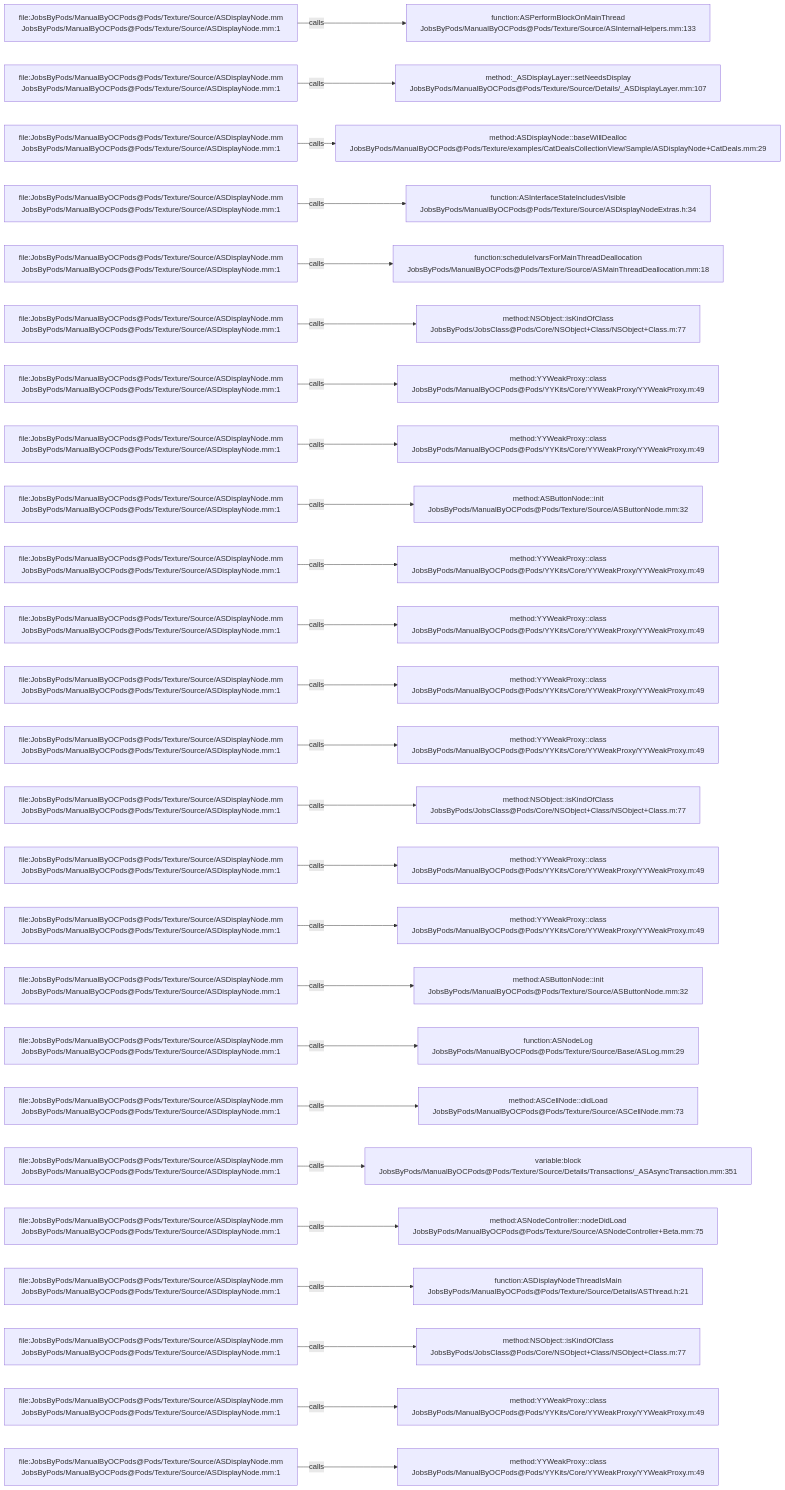
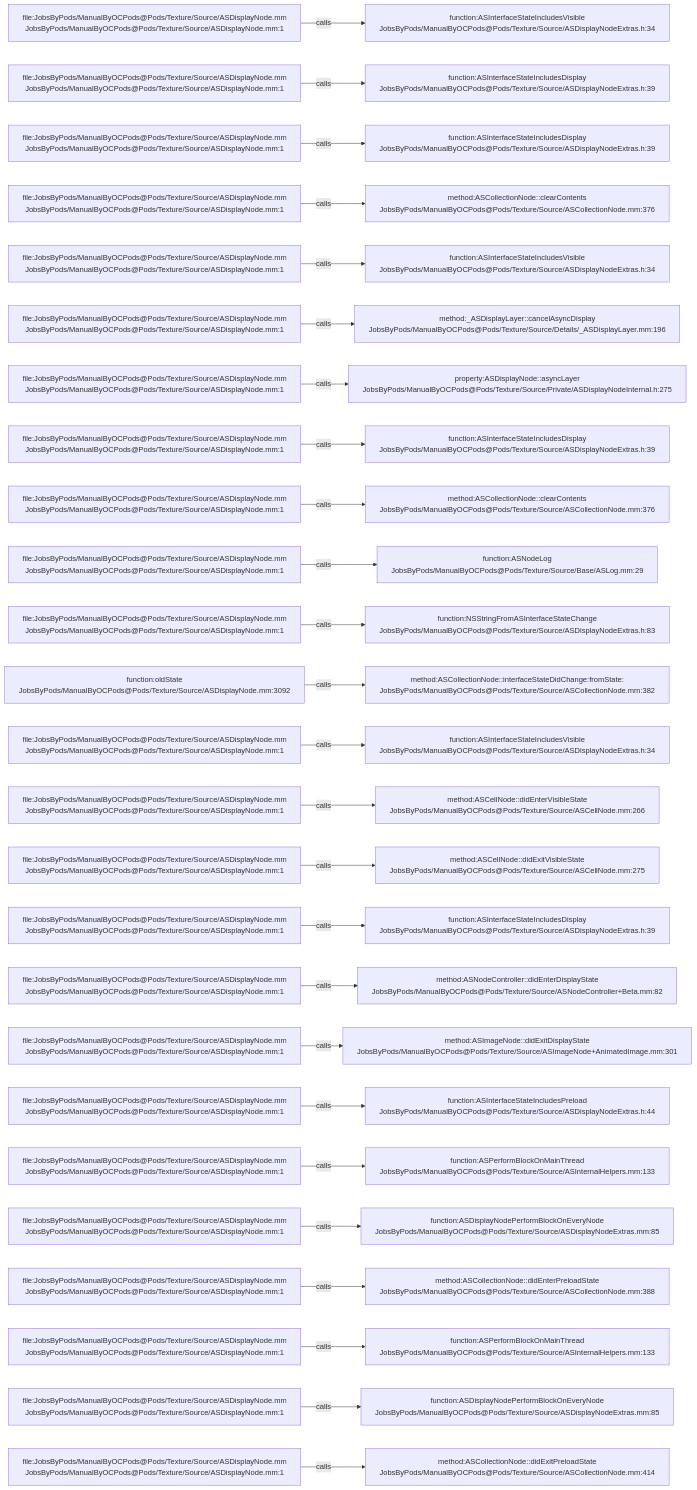
Before and after one commit to JobsKits/JobsOCBaseConfigDemo: the diagram in .codegraph/codegraph.md/graphs/calls-095.md, drawn with Mermaid. The commit also changed 1448 other files, not shown here.

````diff
--- a/.codegraph/codegraph.md/graphs/calls-095.md
+++ b/.codegraph/codegraph.md/graphs/calls-095.md
@@ -13,78 +13,78 @@
 ```mermaid
 flowchart LR
   S1["file:JobsByPods/ManualByOCPods@Pods/Texture/Source/ASDisplayNode.mm<br/>JobsByPods/ManualByOCPods@Pods/Texture/Source/ASDisplayNode.mm:1"]
-  T1["function:ASPerformBlockOnMainThread<br/>JobsByPods/ManualByOCPods@Pods/Texture/Source/ASInternalHelpers.mm:133"]
+  T1["function:ASInterfaceStateIncludesVisible<br/>JobsByPods/ManualByOCPods@Pods/Texture/Source/ASDisplayNodeExtras.h:34"]
   S1 -->|calls| T1
   S2["file:JobsByPods/ManualByOCPods@Pods/Texture/Source/ASDisplayNode.mm<br/>JobsByPods/ManualByOCPods@Pods/Texture/Source/ASDisplayNode.mm:1"]
-  T2["method:_ASDisplayLayer::setNeedsDisplay<br/>JobsByPods/ManualByOCPods@Pods/Texture/Source/Details/_ASDisplayLayer.mm:107"]
+  T2["function:ASInterfaceStateIncludesDisplay<br/>JobsByPods/ManualByOCPods@Pods/Texture/Source/ASDisplayNodeExtras.h:39"]
   S2 -->|calls| T2
   S3["file:JobsByPods/ManualByOCPods@Pods/Texture/Source/ASDisplayNode.mm<br/>JobsByPods/ManualByOCPods@Pods/Texture/Source/ASDisplayNode.mm:1"]
-  T3["method:ASDisplayNode::baseWillDealloc<br/>JobsByPods/ManualByOCPods@Pods/Texture/examples/CatDealsCollectionView/Sample/ASDisplayNode+CatDeals.mm:29"]
+  T3["function:ASInterfaceStateIncludesDisplay<br/>JobsByPods/ManualByOCPods@Pods/Texture/Source/ASDisplayNodeExtras.h:39"]
   S3 -->|calls| T3
   S4["file:JobsByPods/ManualByOCPods@Pods/Texture/Source/ASDisplayNode.mm<br/>JobsByPods/ManualByOCPods@Pods/Texture/Source/ASDisplayNode.mm:1"]
-  T4["function:ASInterfaceStateIncludesVisible<br/>JobsByPods/ManualByOCPods@Pods/Texture/Source/ASDisplayNodeExtras.h:34"]
+  T4["method:ASCollectionNode::clearContents<br/>JobsByPods/ManualByOCPods@Pods/Texture/Source/ASCollectionNode.mm:376"]
   S4 -->|calls| T4
   S5["file:JobsByPods/ManualByOCPods@Pods/Texture/Source/ASDisplayNode.mm<br/>JobsByPods/ManualByOCPods@Pods/Texture/Source/ASDisplayNode.mm:1"]
-  T5["function:scheduleIvarsForMainThreadDeallocation<br/>JobsByPods/ManualByOCPods@Pods/Texture/Source/ASMainThreadDeallocation.mm:18"]
+  T5["function:ASInterfaceStateIncludesVisible<br/>JobsByPods/ManualByOCPods@Pods/Texture/Source/ASDisplayNodeExtras.h:34"]
   S5 -->|calls| T5
   S6["file:JobsByPods/ManualByOCPods@Pods/Texture/Source/ASDisplayNode.mm<br/>JobsByPods/ManualByOCPods@Pods/Texture/Source/ASDisplayNode.mm:1"]
-  T6["method:NSObject::isKindOfClass<br/>JobsByPods/JobsClass@Pods/Core/NSObject+Class/NSObject+Class.m:77"]
+  T6["method:_ASDisplayLayer::cancelAsyncDisplay<br/>JobsByPods/ManualByOCPods@Pods/Texture/Source/Details/_ASDisplayLayer.mm:196"]
   S6 -->|calls| T6
   S7["file:JobsByPods/ManualByOCPods@Pods/Texture/Source/ASDisplayNode.mm<br/>JobsByPods/ManualByOCPods@Pods/Texture/Source/ASDisplayNode.mm:1"]
-  T7["method:YYWeakProxy::class<br/>JobsByPods/ManualByOCPods@Pods/YYKits/Core/YYWeakProxy/YYWeakProxy.m:49"]
+  T7["property:ASDisplayNode::asyncLayer<br/>JobsByPods/ManualByOCPods@Pods/Texture/Source/Private/ASDisplayNodeInternal.h:275"]
   S7 -->|calls| T7
   S8["file:JobsByPods/ManualByOCPods@Pods/Texture/Source/ASDisplayNode.mm<br/>JobsByPods/ManualByOCPods@Pods/Texture/Source/ASDisplayNode.mm:1"]
-  T8["method:YYWeakProxy::class<br/>JobsByPods/ManualByOCPods@Pods/YYKits/Core/YYWeakProxy/YYWeakProxy.m:49"]
+  T8["function:ASInterfaceStateIncludesDisplay<br/>JobsByPods/ManualByOCPods@Pods/Texture/Source/ASDisplayNodeExtras.h:39"]
   S8 -->|calls| T8
   S9["file:JobsByPods/ManualByOCPods@Pods/Texture/Source/ASDisplayNode.mm<br/>JobsByPods/ManualByOCPods@Pods/Texture/Source/ASDisplayNode.mm:1"]
-  T9["method:ASButtonNode::init<br/>JobsByPods/ManualByOCPods@Pods/Texture/Source/ASButtonNode.mm:32"]
+  T9["method:ASCollectionNode::clearContents<br/>JobsByPods/ManualByOCPods@Pods/Texture/Source/ASCollectionNode.mm:376"]
   S9 -->|calls| T9
   S10["file:JobsByPods/ManualByOCPods@Pods/Texture/Source/ASDisplayNode.mm<br/>JobsByPods/ManualByOCPods@Pods/Texture/Source/ASDisplayNode.mm:1"]
-  T10["method:YYWeakProxy::class<br/>JobsByPods/ManualByOCPods@Pods/YYKits/Core/YYWeakProxy/YYWeakProxy.m:49"]
+  T10["function:ASNodeLog<br/>JobsByPods/ManualByOCPods@Pods/Texture/Source/Base/ASLog.mm:29"]
   S10 -->|calls| T10
   S11["file:JobsByPods/ManualByOCPods@Pods/Texture/Source/ASDisplayNode.mm<br/>JobsByPods/ManualByOCPods@Pods/Texture/Source/ASDisplayNode.mm:1"]
-  T11["method:YYWeakProxy::class<br/>JobsByPods/ManualByOCPods@Pods/YYKits/Core/YYWeakProxy/YYWeakProxy.m:49"]
+  T11["function:NSStringFromASInterfaceStateChange<br/>JobsByPods/ManualByOCPods@Pods/Texture/Source/ASDisplayNodeExtras.h:83"]
   S11 -->|calls| T11
-  S12["file:JobsByPods/ManualByOCPods@Pods/Texture/Source/ASDisplayNode.mm<br/>JobsByPods/ManualByOCPods@Pods/Texture/Source/ASDisplayNode.mm:1"]
-  T12["method:YYWeakProxy::class<br/>JobsByPods/ManualByOCPods@Pods/YYKits/Core/YYWeakProxy/YYWeakProxy.m:49"]
+  S12["function:oldState<br/>JobsByPods/ManualByOCPods@Pods/Texture/Source/ASDisplayNode.mm:3092"]
+  T12["method:ASCollectionNode::interfaceStateDidChange:fromState:<br/>JobsByPods/ManualByOCPods@Pods/Texture/Source/ASCollectionNode.mm:382"]
   S12 -->|calls| T12
   S13["file:JobsByPods/ManualByOCPods@Pods/Texture/Source/ASDisplayNode.mm<br/>JobsByPods/ManualByOCPods@Pods/Texture/Source/ASDisplayNode.mm:1"]
-  T13["method:YYWeakProxy::class<br/>JobsByPods/ManualByOCPods@Pods/YYKits/Core/YYWeakProxy/YYWeakProxy.m:49"]
+  T13["function:ASInterfaceStateIncludesVisible<br/>JobsByPods/ManualByOCPods@Pods/Texture/Source/ASDisplayNodeExtras.h:34"]
   S13 -->|calls| T13
   S14["file:JobsByPods/ManualByOCPods@Pods/Texture/Source/ASDisplayNode.mm<br/>JobsByPods/ManualByOCPods@Pods/Texture/Source/ASDisplayNode.mm:1"]
-  T14["method:NSObject::isKindOfClass<br/>JobsByPods/JobsClass@Pods/Core/NSObject+Class/NSObject+Class.m:77"]
+  T14["method:ASCellNode::didEnterVisibleState<br/>JobsByPods/ManualByOCPods@Pods/Texture/Source/ASCellNode.mm:266"]
   S14 -->|calls| T14
   S15["file:JobsByPods/ManualByOCPods@Pods/Texture/Source/ASDisplayNode.mm<br/>JobsByPods/ManualByOCPods@Pods/Texture/Source/ASDisplayNode.mm:1"]
-  T15["method:YYWeakProxy::class<br/>JobsByPods/ManualByOCPods@Pods/YYKits/Core/YYWeakProxy/YYWeakProxy.m:49"]
+  T15["method:ASCellNode::didExitVisibleState<br/>JobsByPods/ManualByOCPods@Pods/Texture/Source/ASCellNode.mm:275"]
   S15 -->|calls| T15
   S16["file:JobsByPods/ManualByOCPods@Pods/Texture/Source/ASDisplayNode.mm<br/>JobsByPods/ManualByOCPods@Pods/Texture/Source/ASDisplayNode.mm:1"]
-  T16["method:YYWeakProxy::class<br/>JobsByPods/ManualByOCPods@Pods/YYKits/Core/YYWeakProxy/YYWeakProxy.m:49"]
+  T16["function:ASInterfaceStateIncludesDisplay<br/>JobsByPods/ManualByOCPods@Pods/Texture/Source/ASDisplayNodeExtras.h:39"]
   S16 -->|calls| T16
   S17["file:JobsByPods/ManualByOCPods@Pods/Texture/Source/ASDisplayNode.mm<br/>JobsByPods/ManualByOCPods@Pods/Texture/Source/ASDisplayNode.mm:1"]
-  T17["method:ASButtonNode::init<br/>JobsByPods/ManualByOCPods@Pods/Texture/Source/ASButtonNode.mm:32"]
+  T17["method:ASNodeController::didEnterDisplayState<br/>JobsByPods/ManualByOCPods@Pods/Texture/Source/ASNodeController+Beta.mm:82"]
   S17 -->|calls| T17
   S18["file:JobsByPods/ManualByOCPods@Pods/Texture/Source/ASDisplayNode.mm<br/>JobsByPods/ManualByOCPods@Pods/Texture/Source/ASDisplayNode.mm:1"]
-  T18["function:ASNodeLog<br/>JobsByPods/ManualByOCPods@Pods/Texture/Source/Base/ASLog.mm:29"]
+  T18["method:ASImageNode::didExitDisplayState<br/>JobsByPods/ManualByOCPods@Pods/Texture/Source/ASImageNode+AnimatedImage.mm:301"]
   S18 -->|calls| T18
   S19["file:JobsByPods/ManualByOCPods@Pods/Texture/Source/ASDisplayNode.mm<br/>JobsByPods/ManualByOCPods@Pods/Texture/Source/ASDisplayNode.mm:1"]
-  T19["method:ASCellNode::didLoad<br/>JobsByPods/ManualByOCPods@Pods/Texture/Source/ASCellNode.mm:73"]
+  T19["function:ASInterfaceStateIncludesPreload<br/>JobsByPods/ManualByOCPods@Pods/Texture/Source/ASDisplayNodeExtras.h:44"]
   S19 -->|calls| T19
   S20["file:JobsByPods/ManualByOCPods@Pods/Texture/Source/ASDisplayNode.mm<br/>JobsByPods/ManualByOCPods@Pods/Texture/Source/ASDisplayNode.mm:1"]
-  T20["variable:block<br/>JobsByPods/ManualByOCPods@Pods/Texture/Source/Details/Transactions/_ASAsyncTransaction.mm:351"]
+  T20["function:ASPerformBlockOnMainThread<br/>JobsByPods/ManualByOCPods@Pods/Texture/Source/ASInternalHelpers.mm:133"]
   S20 -->|calls| T20
   S21["file:JobsByPods/ManualByOCPods@Pods/Texture/Source/ASDisplayNode.mm<br/>JobsByPods/ManualByOCPods@Pods/Texture/Source/ASDisplayNode.mm:1"]
-  T21["method:ASNodeController::nodeDidLoad<br/>JobsByPods/ManualByOCPods@Pods/Texture/Source/ASNodeController+Beta.mm:75"]
+  T21["function:ASDisplayNodePerformBlockOnEveryNode<br/>JobsByPods/ManualByOCPods@Pods/Texture/Source/ASDisplayNodeExtras.mm:85"]
   S21 -->|calls| T21
   S22["file:JobsByPods/ManualByOCPods@Pods/Texture/Source/ASDisplayNode.mm<br/>JobsByPods/ManualByOCPods@Pods/Texture/Source/ASDisplayNode.mm:1"]
-  T22["function:ASDisplayNodeThreadIsMain<br/>JobsByPods/ManualByOCPods@Pods/Texture/Source/Details/ASThread.h:21"]
+  T22["method:ASCollectionNode::didEnterPreloadState<br/>JobsByPods/ManualByOCPods@Pods/Texture/Source/ASCollectionNode.mm:388"]
   S22 -->|calls| T22
   S23["file:JobsByPods/ManualByOCPods@Pods/Texture/Source/ASDisplayNode.mm<br/>JobsByPods/ManualByOCPods@Pods/Texture/Source/ASDisplayNode.mm:1"]
-  T23["method:NSObject::isKindOfClass<br/>JobsByPods/JobsClass@Pods/Core/NSObject+Class/NSObject+Class.m:77"]
+  T23["function:ASPerformBlockOnMainThread<br/>JobsByPods/ManualByOCPods@Pods/Texture/Source/ASInternalHelpers.mm:133"]
   S23 -->|calls| T23
   S24["file:JobsByPods/ManualByOCPods@Pods/Texture/Source/ASDisplayNode.mm<br/>JobsByPods/ManualByOCPods@Pods/Texture/Source/ASDisplayNode.mm:1"]
-  T24["method:YYWeakProxy::class<br/>JobsByPods/ManualByOCPods@Pods/YYKits/Core/YYWeakProxy/YYWeakProxy.m:49"]
+  T24["function:ASDisplayNodePerformBlockOnEveryNode<br/>JobsByPods/ManualByOCPods@Pods/Texture/Source/ASDisplayNodeExtras.mm:85"]
   S24 -->|calls| T24
   S25["file:JobsByPods/ManualByOCPods@Pods/Texture/Source/ASDisplayNode.mm<br/>JobsByPods/ManualByOCPods@Pods/Texture/Source/ASDisplayNode.mm:1"]
-  T25["method:YYWeakProxy::class<br/>JobsByPods/ManualByOCPods@Pods/YYKits/Core/YYWeakProxy/YYWeakProxy.m:49"]
+  T25["method:ASCollectionNode::didExitPreloadState<br/>JobsByPods/ManualByOCPods@Pods/Texture/Source/ASCollectionNode.mm:414"]
   S25 -->|calls| T25
 ```
````
